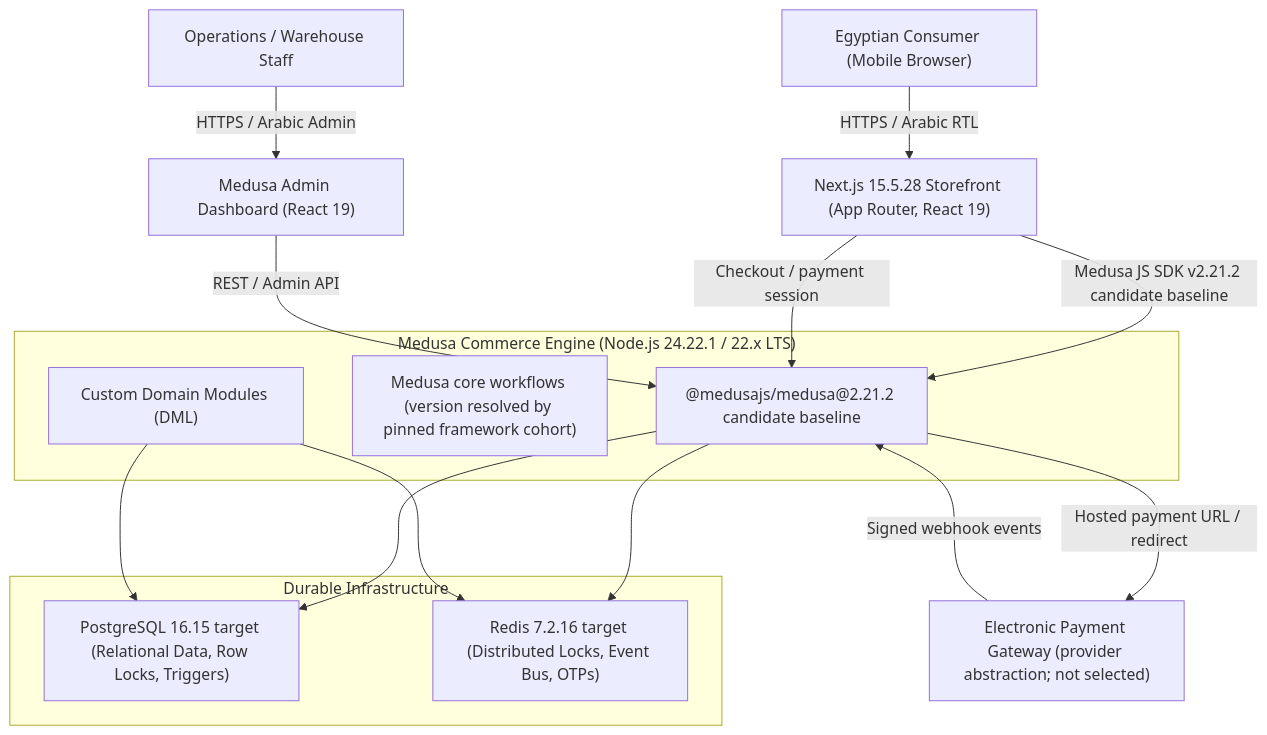
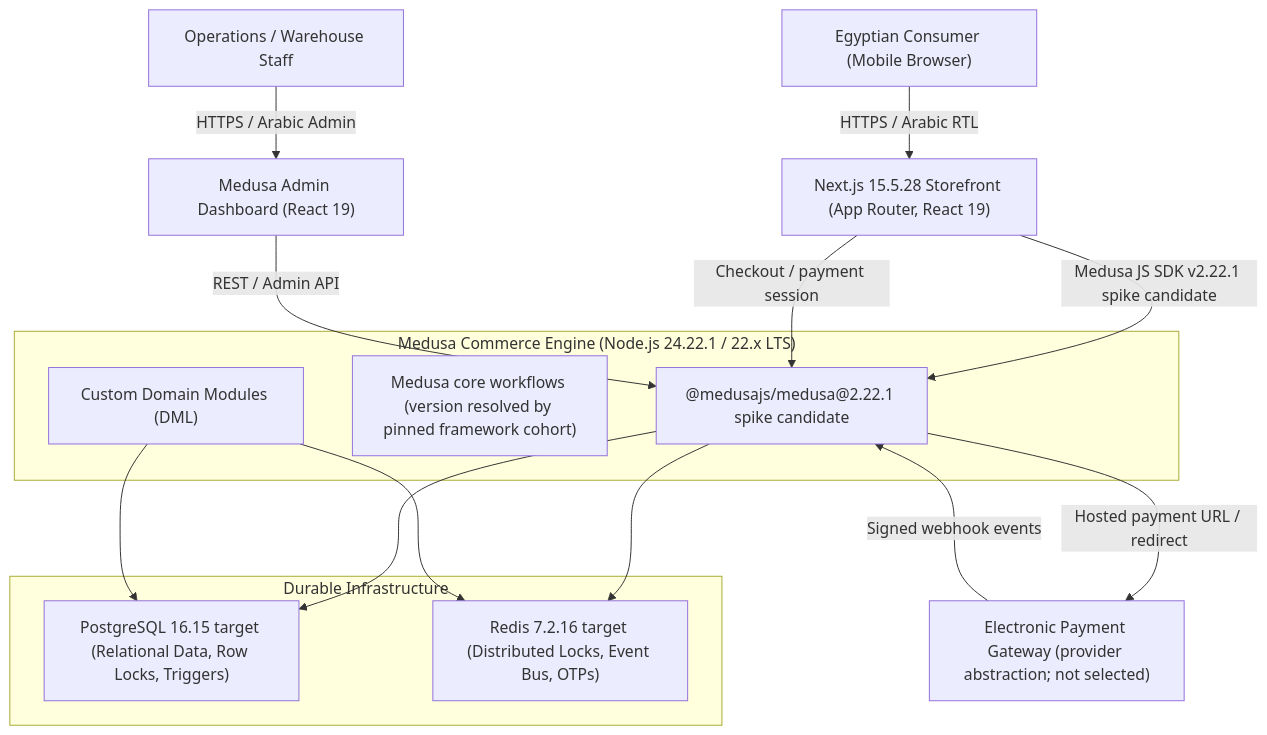
One commit to mo3az-git/zamzam-store changed the diagram in docs/architecture.md. Above: the diagram before and after it, drawn with Mermaid. The commit also changed other lines of this file and 2 other files, not shown here.

````diff
--- a/docs/architecture.md
+++ b/docs/architecture.md
@@ -14,27 +14,27 @@
 ```mermaid
 graph TD
     User["Egyptian Consumer (Mobile Browser)"] -->|HTTPS / Arabic RTL| NextStorefront["Next.js 15.5.28 Storefront (App Router, React 19)"]
     Admin["Operations / Warehouse Staff"] -->|HTTPS / Arabic Admin| NextAdmin["Medusa Admin Dashboard (React 19)"]
     
     subgraph CoreBackend ["Medusa Commerce Engine (Node.js 24.22.1 / 22.x LTS)"]
-        MedusaServer["@medusajs/medusa@2.21.2 candidate baseline"]
+        MedusaServer["@medusajs/medusa@2.22.1 spike candidate"]
         CoreFlows["Medusa core workflows (version resolved by pinned framework cohort)"]
         CustomModules["Custom Domain Modules (DML)"]
     end
     
-    NextStorefront -->|Medusa JS SDK v2.21.2 candidate baseline| MedusaServer
+    NextStorefront -->|Medusa JS SDK v2.22.1 spike candidate| MedusaServer
     NextStorefront -->|Checkout / payment session| MedusaServer
     NextAdmin -->|REST / Admin API| MedusaServer
     MedusaServer -->|Hosted payment URL / redirect| PaymentGateway["Electronic Payment Gateway (provider abstraction; not selected)"]
     PaymentGateway -->|Signed webhook events| MedusaServer
     
     subgraph DataPersistence ["Durable Infrastructure"]
         Postgres["PostgreSQL 16.15 target (Relational Data, Row Locks, Triggers)"]
         RedisCluster["Redis 7.2.16 target (Distributed Locks, Event Bus, OTPs)"]
     end
     
     MedusaServer --> Postgres
     MedusaServer --> RedisCluster
     CustomModules --> Postgres
     CustomModules --> RedisCluster
 ```
````
